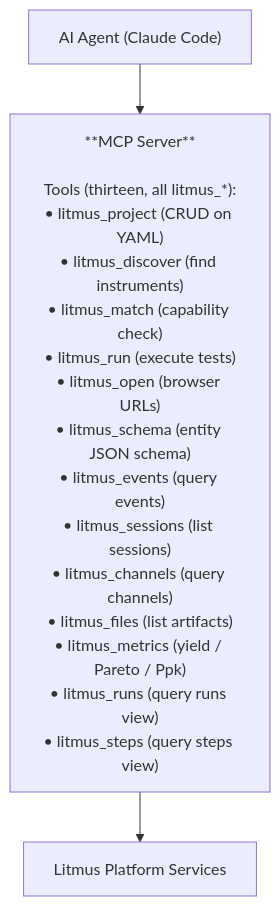
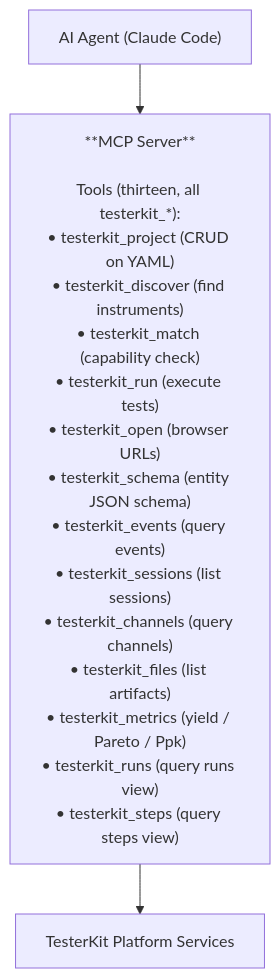
The first of 2 diagrams in docs/concepts/overview/platform-vs-framework.md (pragmatest-dev/testerkit), drawn with Mermaid before and after one commit. The commit also changed other lines of this file and 1180 other files, not shown here.

First line of the commit message:
rename: litmus -> testerkit across the entire codebase

````diff
--- a/docs/concepts/overview/platform-vs-framework.md
+++ b/docs/concepts/overview/platform-vs-framework.md
@@ -83,8 +83,8 @@
 ```mermaid
 flowchart TB
     agent["AI Agent (Claude Code)"]
-    mcp["**MCP Server**<br/><br/>Tools (thirteen, all litmus_*):<br/>• litmus_project (CRUD on YAML)<br/>• litmus_discover (find instruments)<br/>• litmus_match (capability check)<br/>• litmus_run (execute tests)<br/>• litmus_open (browser URLs)<br/>• litmus_schema (entity JSON schema)<br/>• litmus_events (query events)<br/>• litmus_sessions (list sessions)<br/>• litmus_channels (query channels)<br/>• litmus_files (list artifacts)<br/>• litmus_metrics (yield / Pareto / Ppk)<br/>• litmus_runs (query runs view)<br/>• litmus_steps (query steps view)"]
-    platform["Litmus Platform Services"]
+    mcp["**MCP Server**<br/><br/>Tools (thirteen, all testerkit_*):<br/>• testerkit_project (CRUD on YAML)<br/>• testerkit_discover (find instruments)<br/>• testerkit_match (capability check)<br/>• testerkit_run (execute tests)<br/>• testerkit_open (browser URLs)<br/>• testerkit_schema (entity JSON schema)<br/>• testerkit_events (query events)<br/>• testerkit_sessions (list sessions)<br/>• testerkit_channels (query channels)<br/>• testerkit_files (list artifacts)<br/>• testerkit_metrics (yield / Pareto / Ppk)<br/>• testerkit_runs (query runs view)<br/>• testerkit_steps (query steps view)"]
+    platform["TesterKit Platform Services"]
 
     agent --> mcp --> platform
 ```
````
